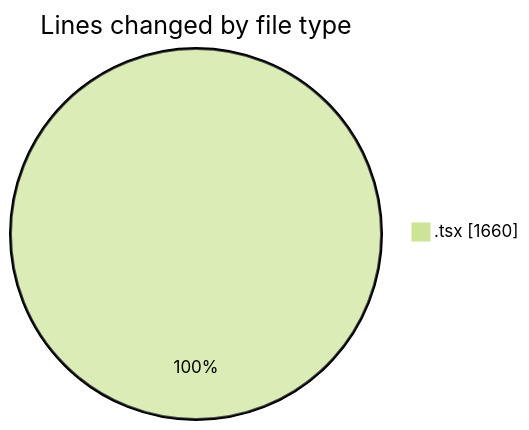
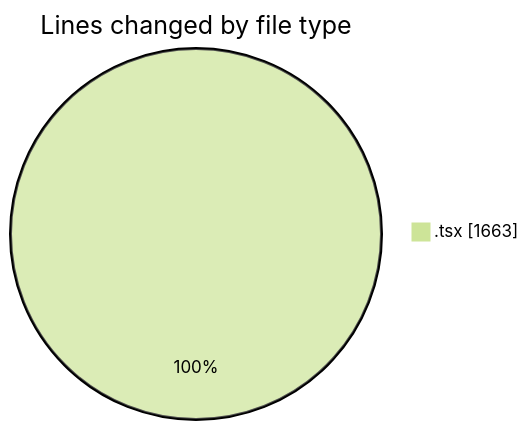
Before and after one commit to momahboobian/code-tracking: the first of 2 diagrams in 2025-09-30/cda/README.md, drawn with Mermaid (forest theme). The commit also changed other lines of this file and 1 other file, not shown here.

````diff
--- a/2025-09-30/cda/README.md
+++ b/2025-09-30/cda/README.md
@@ -21,5 +21,5 @@
 ```mermaid
 pie showData
 title Lines changed by file type
-".tsx" : 1660
+".tsx" : 1663
 ```
````
